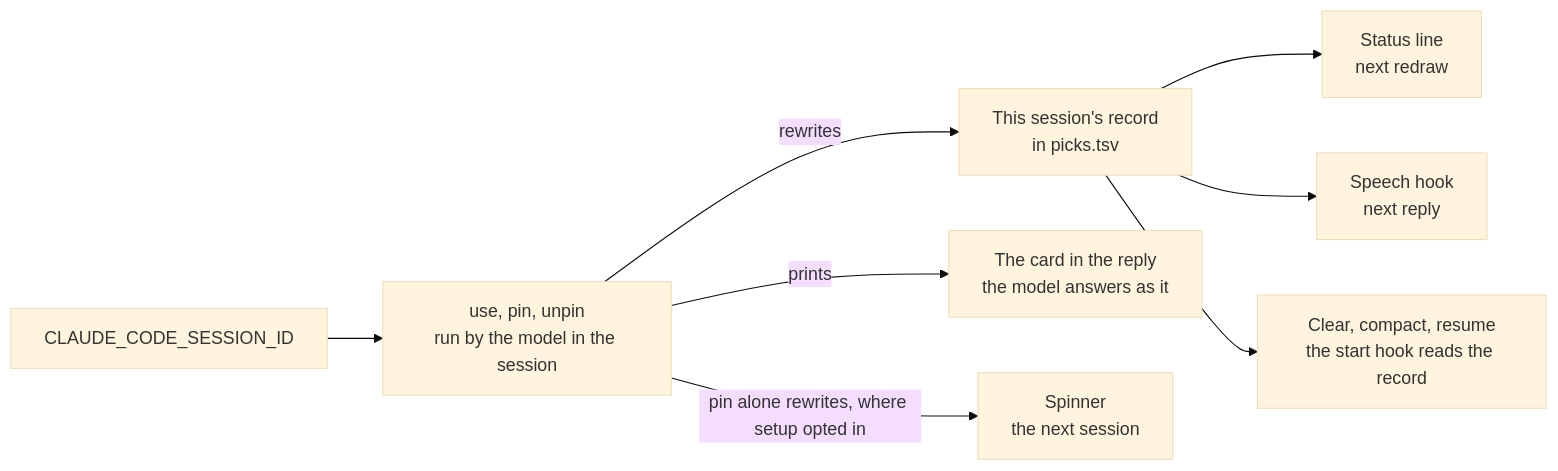
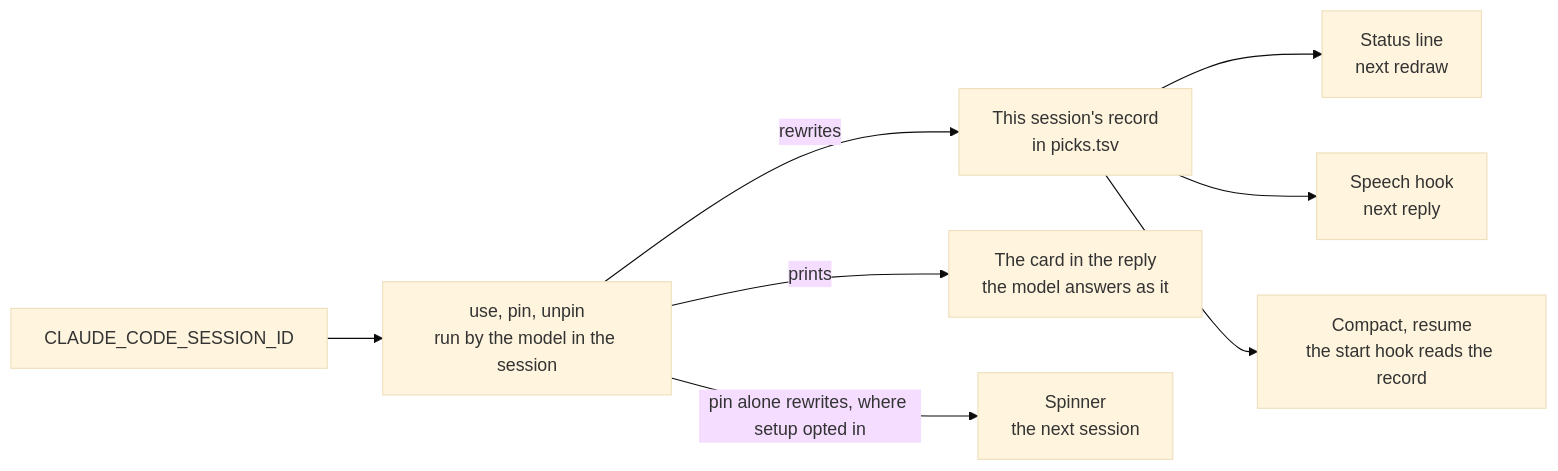
One commit to Esposter/Esposter changed the third of 6 diagrams in apps/web/content/docs/infra/claude-interface/persona-plugin.md. Above: the diagram before and after it, drawn with Mermaid (base theme). The commit also changed other lines of this file and 3 other files, not shown here.

First line of the commit message:
docs(genshin-persona): a clear is a new session id and a fresh pick, not a kept record

````diff
--- a/apps/web/content/docs/infra/claude-interface/persona-plugin.md
+++ b/apps/web/content/docs/infra/claude-interface/persona-plugin.md
@@ -122,19 +122,19 @@
 ```mermaid
 flowchart LR
     Verb["use, pin, unpin<br/>run by the model in the session"]
     Env["CLAUDE_CODE_SESSION_ID"]
     Record["This session's record<br/>in picks.tsv"]
     Reply["The card in the reply<br/>the model answers as it"]
     Line["Status line<br/>next redraw"]
     Speech["Speech hook<br/>next reply"]
     Spinner["Spinner<br/>the next session"]
-    Restart["Clear, compact, resume<br/>the start hook reads the record"]
+    Restart["Compact, resume<br/>the start hook reads the record"]
 
     Env --> Verb
     Verb -->|rewrites| Record
     Verb -->|prints| Reply
     Record --> Line
     Record --> Speech
     Record --> Restart
     Verb -->|pin alone rewrites, where setup opted in| Spinner
 ```
````
